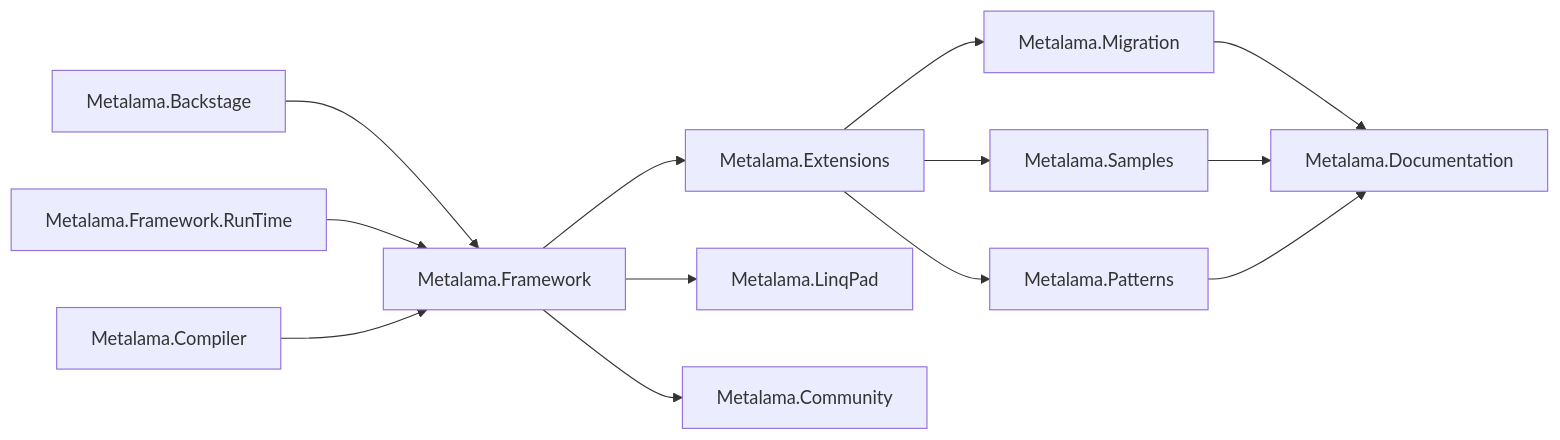
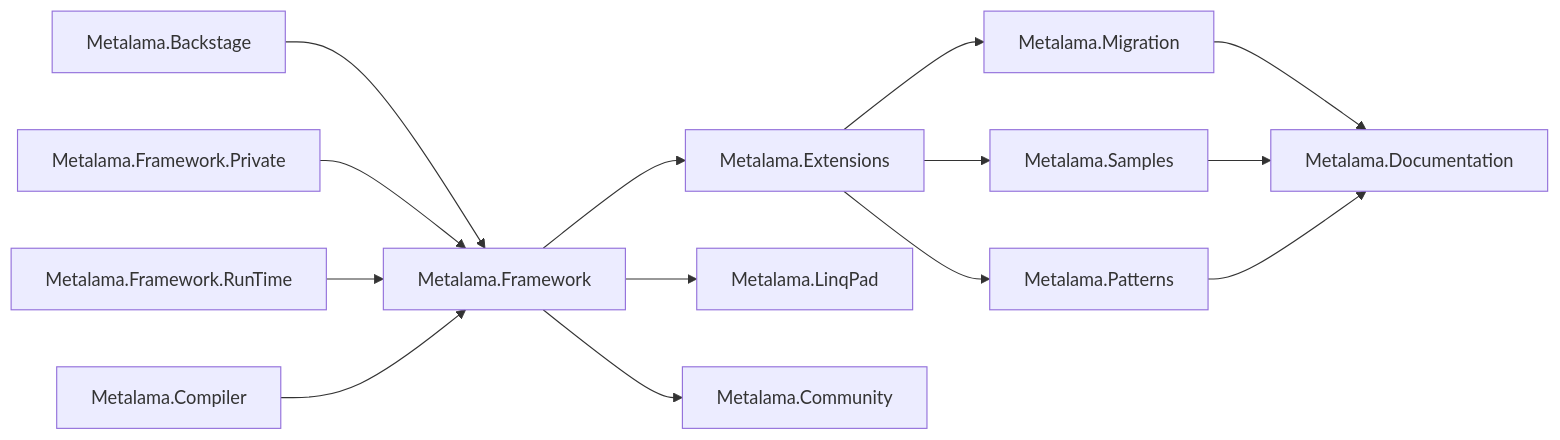
The diagram in README.md (postsharp/Metalama), drawn with Mermaid before and after one commit.

Commit message:
Updated dependency graph.

````diff
--- a/README.md
+++ b/README.md
@@ -52,20 +52,21 @@
 ```mermaid
 
 flowchart LR
     
 Metalama.Backstage --> Metalama.Framework
+Metalama.Framework.Private --> Metalama.Framework
 Metalama.Framework.RunTime --> Metalama.Framework
 Metalama.Compiler --> Metalama.Framework
 Metalama.Framework --> Metalama.Extensions
 Metalama.Extensions --> Metalama.Migration
 Metalama.Extensions --> Metalama.Samples
 Metalama.Extensions --> Metalama.Patterns
 Metalama.Framework --> Metalama.LinqPad
 Metalama.Framework --> Metalama.Community
  Metalama.Migration --> Metalama.Documentation
  Metalama.Samples --> Metalama.Documentation
  Metalama.Patterns --> Metalama.Documentation
 
 
 
 ```
````
